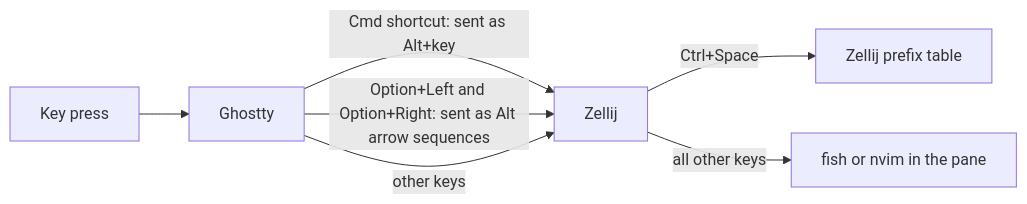
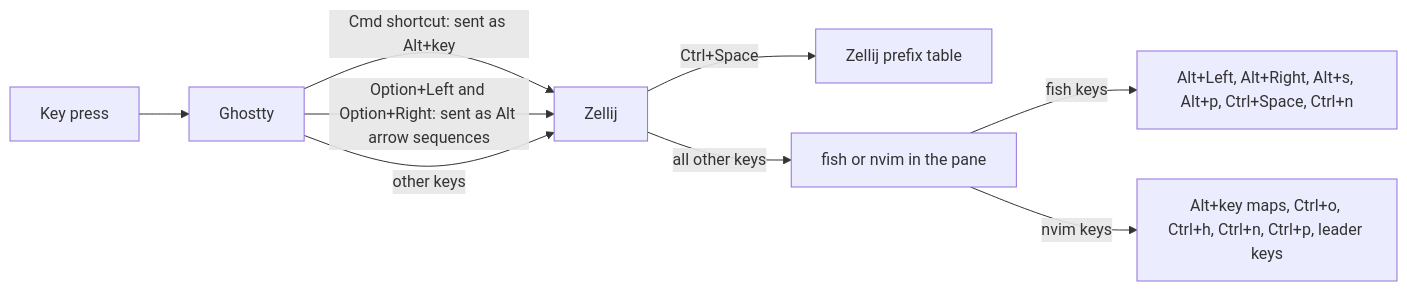
One commit to ginolatorilla/dotfiles changed the diagram in docs/cheatsheet.md. Above: the diagram before and after it, drawn with Mermaid. The commit also changed other lines of this file, not shown here.

First line of the commit message:
Correct the key cheatsheet after review

````diff
--- a/docs/cheatsheet.md
+++ b/docs/cheatsheet.md
@@ -9,9 +11,11 @@
 ```mermaid
 flowchart LR
     K[Key press] --> G[Ghostty]
     G -->|Cmd shortcut: sent as Alt+key| Z[Zellij]
     G -->|Option+Left and Option+Right: sent as Alt arrow sequences| Z
     G -->|other keys| Z
     Z -->|Ctrl+Space| P[Zellij prefix table]
     Z -->|all other keys| F[fish or nvim in the pane]
+    F -->|fish keys| FI[Alt+Left, Alt+Right, Alt+s, Alt+p, Ctrl+Space, Ctrl+n]
+    F -->|nvim keys| NV[Alt+key maps, Ctrl+o, Ctrl+h, Ctrl+n, Ctrl+p, leader keys]
 ```
````
